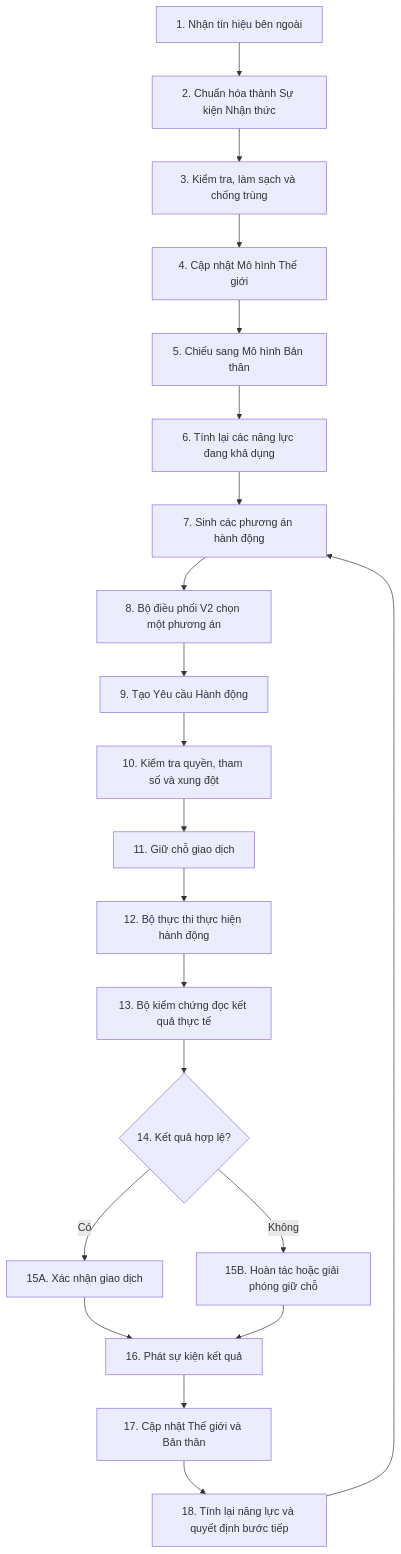
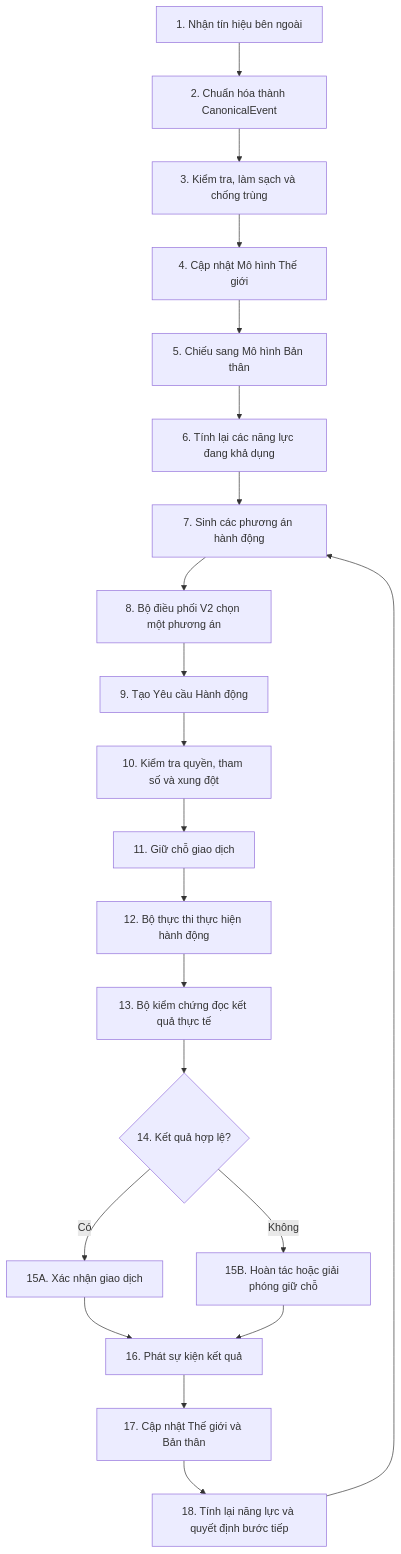
Before and after one commit to nguyenquang19/VTUBER_PROJECT: the third of 8 diagrams in v2.0/docs/MAI_V2_SYSTEM_SPEC.md, drawn with Mermaid. The commit also changed other lines of this file and 6 other files, not shown here.

````diff
--- a/v2.0/docs/MAI_V2_SYSTEM_SPEC.md
+++ b/v2.0/docs/MAI_V2_SYSTEM_SPEC.md
@@ -256,28 +263,28 @@
 ```mermaid
 flowchart TD
     A["1. Nhận tín hiệu bên ngoài"]
-    B["2. Chuẩn hóa thành Sự kiện Nhận thức"]
+    B["2. Chuẩn hóa thành CanonicalEvent"]
     C["3. Kiểm tra, làm sạch và chống trùng"]
     D["4. Cập nhật Mô hình Thế giới"]
     E["5. Chiếu sang Mô hình Bản thân"]
     F["6. Tính lại các năng lực đang khả dụng"]
     G["7. Sinh các phương án hành động"]
     H["8. Bộ điều phối V2 chọn một phương án"]
     I["9. Tạo Yêu cầu Hành động"]
     J["10. Kiểm tra quyền, tham số và xung đột"]
     K["11. Giữ chỗ giao dịch"]
     L["12. Bộ thực thi thực hiện hành động"]
     M["13. Bộ kiểm chứng đọc kết quả thực tế"]
     N{"14. Kết quả hợp lệ?"}
     O["15A. Xác nhận giao dịch"]
     P["15B. Hoàn tác hoặc giải phóng giữ chỗ"]
     Q["16. Phát sự kiện kết quả"]
     R["17. Cập nhật Thế giới và Bản thân"]
     S["18. Tính lại năng lực và quyết định bước tiếp"]
 
     A --> B --> C --> D --> E --> F --> G --> H --> I --> J --> K --> L --> M --> N
     N -- "Có" --> O --> Q
     N -- "Không" --> P --> Q
     Q --> R --> S
     S --> G
 ```
````
